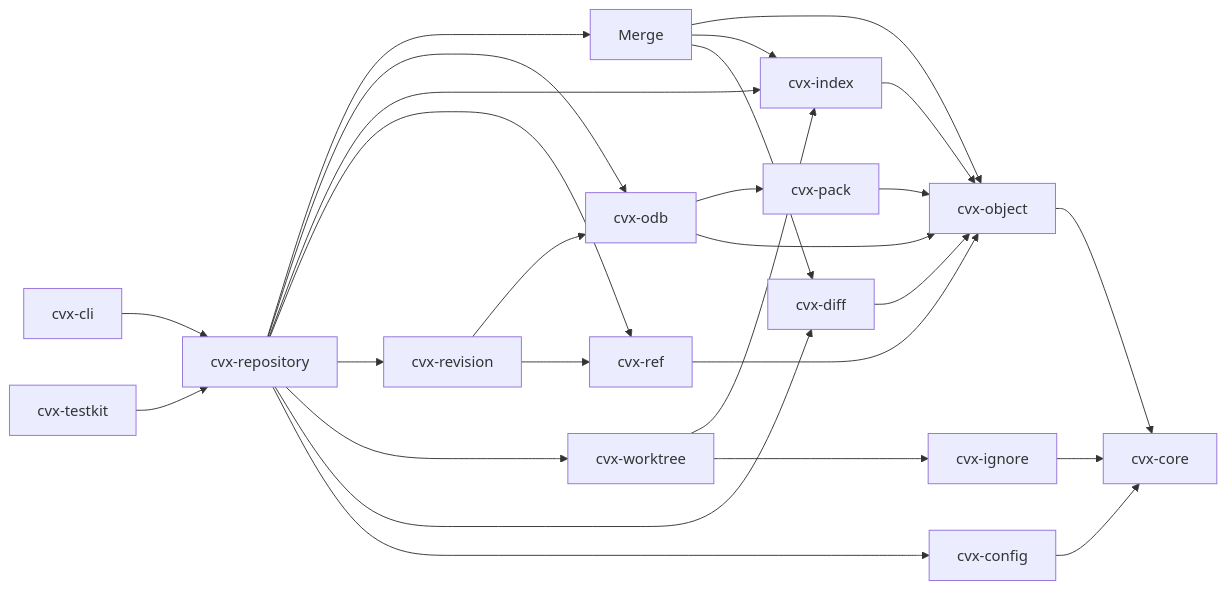
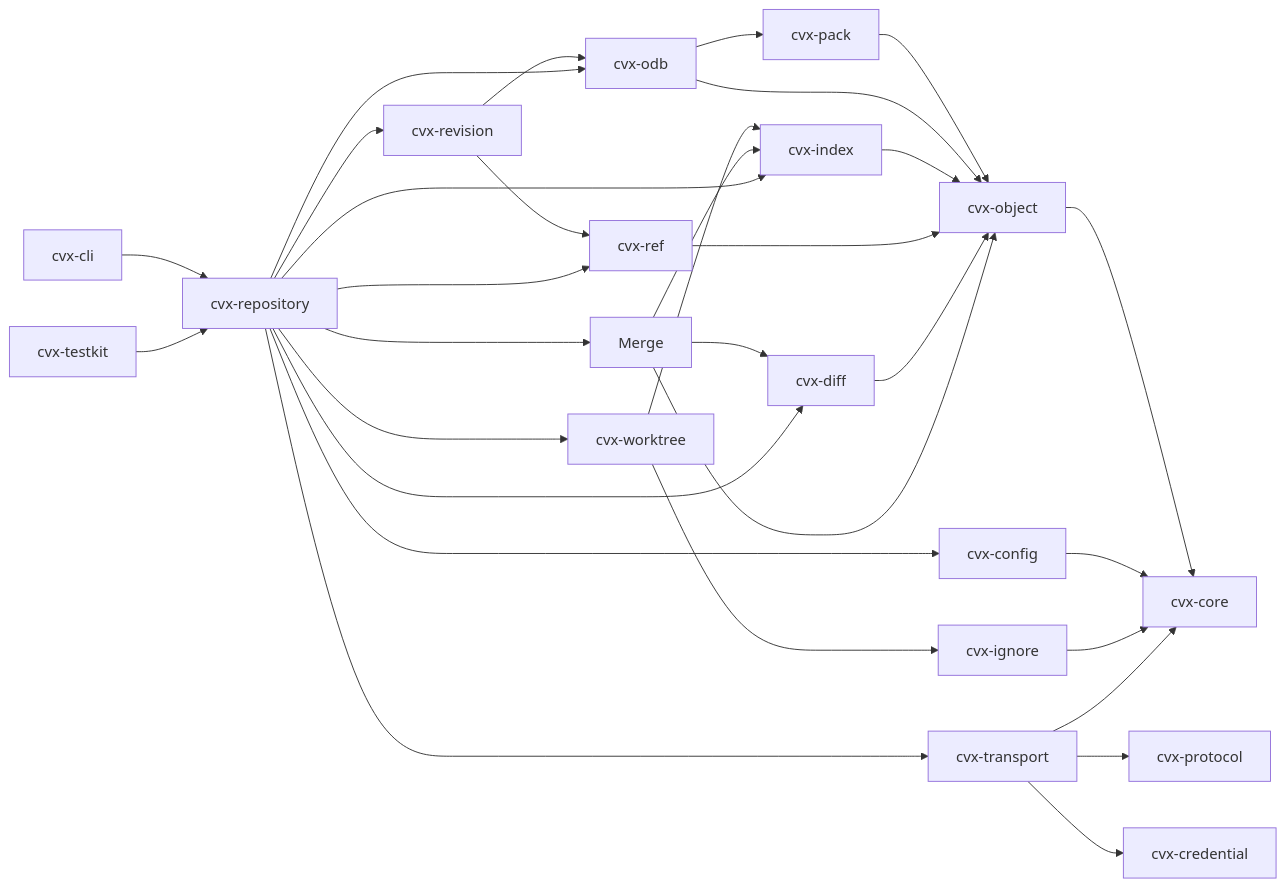
One commit to marcosgabrielgomes110-collab/cvx changed the second of 9 diagrams in docs/architecture.md. Above: the diagram before and after it, drawn with Mermaid. The commit also changed other lines of this file and 25 other files, not shown here.

````diff
--- a/docs/architecture.md
+++ b/docs/architecture.md
@@ -58,44 +58,51 @@
 ```mermaid
 flowchart LR
     Core["cvx-core"]
     Object["cvx-object"]
     Config["cvx-config"]
     Pack["cvx-pack"]
     ODB["cvx-odb"]
     Index["cvx-index"]
     Refs["cvx-ref"]
     Ignore["cvx-ignore"]
     Revision["cvx-revision"]
     Worktree["cvx-worktree"]
     Diff["cvx-diff"]
     Repo["cvx-repository"]
+    Transport["cvx-transport"]
+    Protocol["cvx-protocol"]
+    Credential["cvx-credential"]
     CLI["cvx-cli"]
     Testkit["cvx-testkit"]
 
     Object --> Core
     Config --> Core
     Pack --> Object
     ODB --> Pack
     ODB --> Object
     Index --> Object
     Refs --> Object
     Ignore --> Core
     Revision --> ODB
     Revision --> Refs
     Worktree --> Index
     Worktree --> Ignore
     Diff --> Object
     Merge --> Object
     Merge --> Index
     Merge --> Diff
     Repo --> Merge
     Repo --> ODB
     Repo --> Index
     Repo --> Refs
     Repo --> Revision
     Repo --> Worktree
     Repo --> Diff
     Repo --> Config
+    Repo --> Transport
+    Transport --> Protocol
+    Transport --> Credential
+    Transport --> Core
     CLI --> Repo
     Testkit --> Repo
 ```
````
